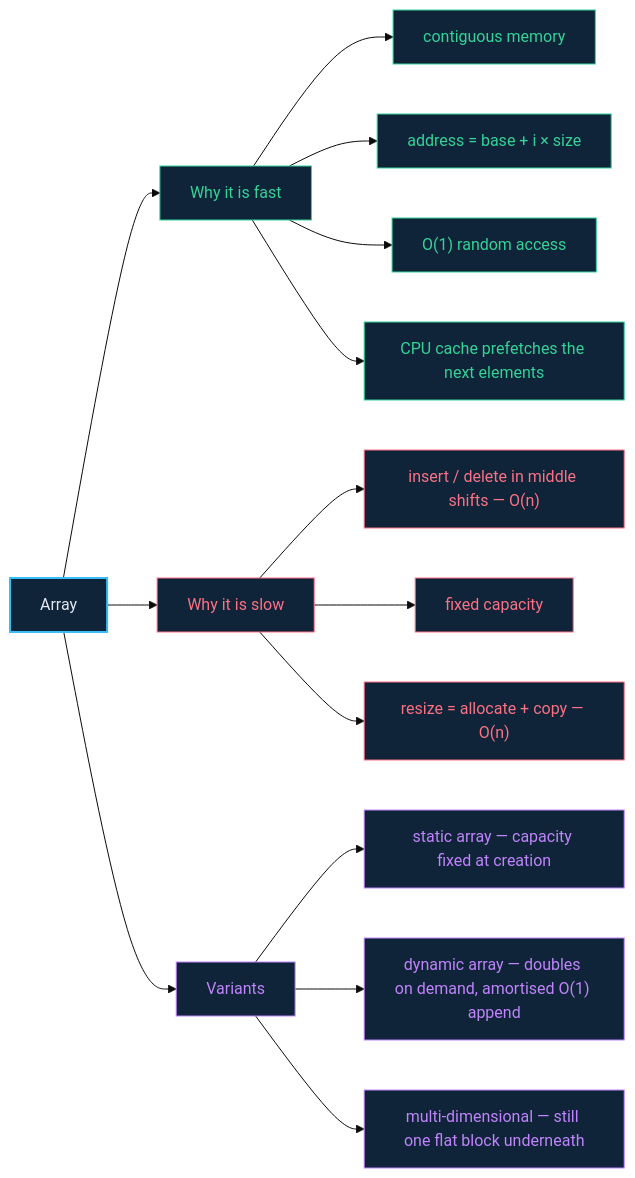
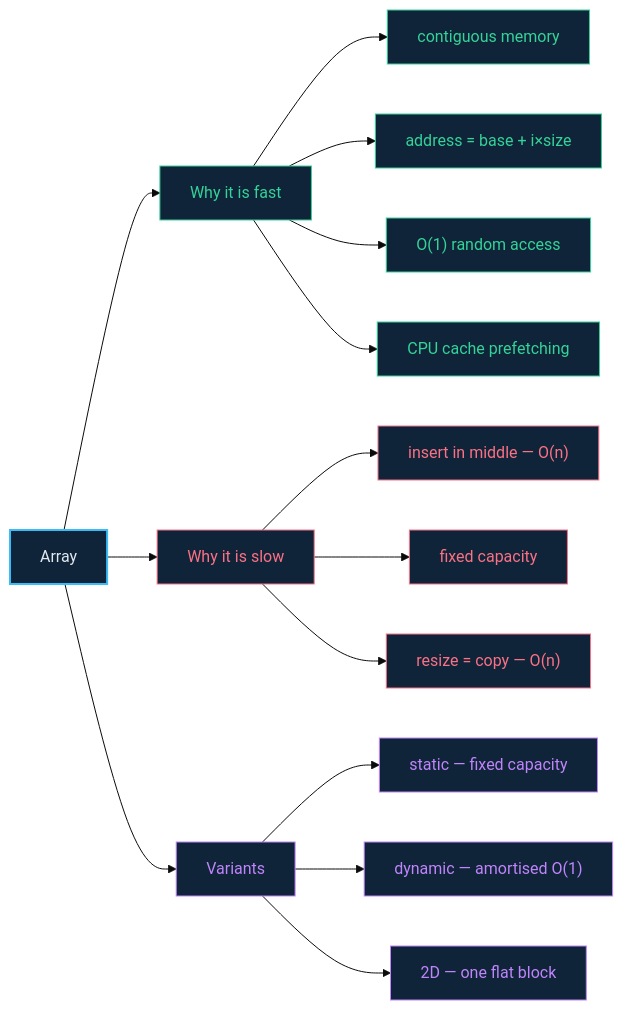
One commit to rajeshgoyalg/Learn-Data-Structures-and-Algorithms-Visually changed the diagram in docs/02-arrays.md. Above: the diagram before and after it, drawn with Mermaid (base theme). The commit also changed 21 other files, not shown here.

First line of the commit message:
Shorten every mermaid label so diagrams cannot overflow and clip

````diff
--- a/docs/02-arrays.md
+++ b/docs/02-arrays.md
@@ -46,28 +46,28 @@
 ```mermaid
 flowchart LR
   A["Array"] --> P["Why it is fast"]
   A --> C["Why it is slow"]
   A --> V["Variants"]
 
   P --> P1["contiguous memory"]
-  P --> P2["address = base + i × size"]
+  P --> P2["address = base + i×size"]
   P --> P3["O(1) random access"]
-  P --> P4["CPU cache prefetches the next elements"]
+  P --> P4["CPU cache prefetching"]
 
-  C --> C1["insert / delete in middle shifts — O(n)"]
+  C --> C1["insert in middle — O(n)"]
   C --> C2["fixed capacity"]
-  C --> C3["resize = allocate + copy — O(n)"]
+  C --> C3["resize = copy — O(n)"]
 
-  V --> V1["static array — capacity fixed at creation"]
-  V --> V2["dynamic array — doubles on demand, amortised O(1) append"]
-  V --> V3["multi-dimensional — still one flat block underneath"]
+  V --> V1["static — fixed capacity"]
+  V --> V2["dynamic — amortised O(1)"]
+  V --> V3["2D — one flat block"]
 
   classDef root fill:#0f2438,stroke:#38bdf8,stroke-width:2px,color:#e2e8f0
   classDef good fill:#0f2438,stroke:#34d399,color:#34d399
   classDef bad fill:#0f2438,stroke:#fb7185,color:#fb7185
   classDef var fill:#0f2438,stroke:#c084fc,color:#c084fc
   class A root
   class P,P1,P2,P3,P4 good
   class C,C1,C2,C3 bad
   class V,V1,V2,V3 var
 ```
````
